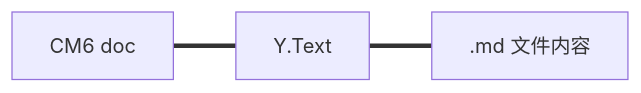
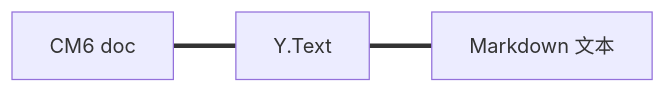
The fourth of 4 diagrams in dev-notes/cm6-from-0-to-1/06-拆解-packages-editor-的装配方式.md (swarm-apps/SwarmNote), drawn with Mermaid before and after one commit. The commit also changed other lines of this file and 9 other files, not shown here.

````diff
--- a/dev-notes/cm6-from-0-to-1/06-拆解-packages-editor-的装配方式.md
+++ b/dev-notes/cm6-from-0-to-1/06-拆解-packages-editor-的装配方式.md
@@ -195,5 +307,4 @@
 ```mermaid
 graph LR
-    CM6Doc[CM6 doc] === YText[Y.Text]
-    YText === MD[.md 文件内容]
+    CM6Doc[CM6 doc] === YText[Y.Text] === MD[Markdown 文本]
 ```
````
